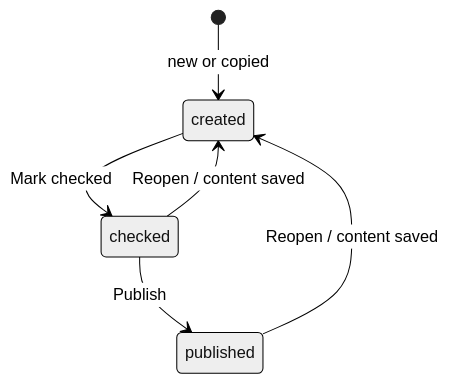
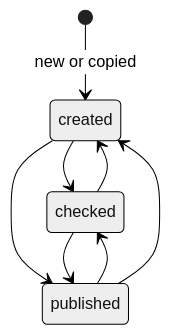
The diagram in architecture/src/features/modulhandbuch/03-module-editions.md (MaMpf-HD/mampf), drawn with Mermaid (neutral theme) before and after one commit. The commit also changed other lines of this file and 47 other files, not shown here.

Commit message:
Add end to end flow, and mockups

`````diff
--- a/architecture/src/features/modulhandbuch/03-module-editions.md
+++ b/architecture/src/features/modulhandbuch/03-module-editions.md
@@ -83,8 +83,10 @@
 ````mermaid
 stateDiagram-v2
     [*] --> created: new or copied
-    created --> checked: Mark checked
-    checked --> published: Publish
-    checked --> created: Reopen / content saved
-    published --> created: Reopen / content saved
+    created --> checked
+    created --> published
+    checked --> published
+    checked --> created
+    published --> checked
+    published --> created
 ````
`````
